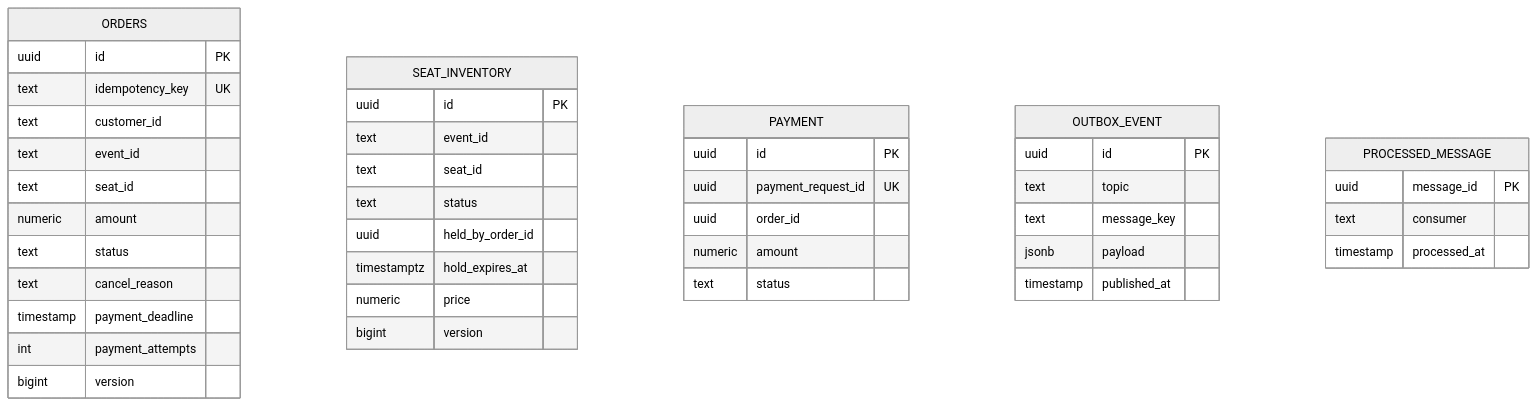
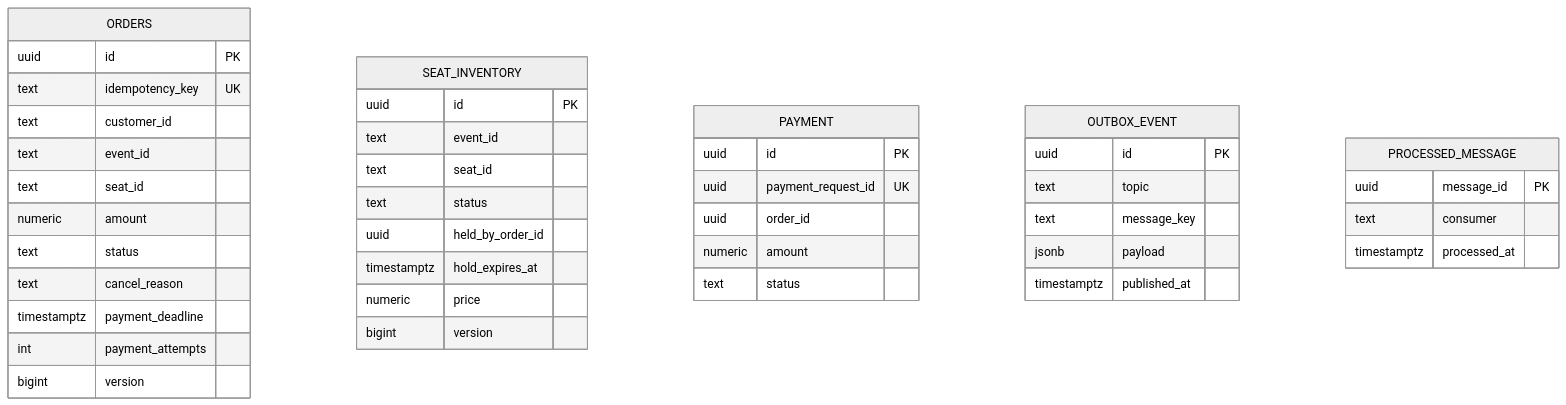
The fourth of 4 diagrams in docs/ARCHITECTURE.md (BatuhanBaysal/ticket-reservation-engine), drawn with Mermaid (neutral theme) before and after one commit. The commit also changed other lines of this file and 2 other files, not shown here.

````diff
--- a/docs/ARCHITECTURE.md
+++ b/docs/ARCHITECTURE.md
@@ -147,45 +151,45 @@
 ```mermaid
 erDiagram
     ORDERS {
         uuid id PK
         text idempotency_key UK
         text customer_id
         text event_id
         text seat_id
         numeric amount
         text status
         text cancel_reason
-        timestamp payment_deadline
+        timestamptz payment_deadline
         int payment_attempts
         bigint version
     }
     SEAT_INVENTORY {
         uuid id PK
         text event_id
         text seat_id
         text status
         uuid held_by_order_id
         timestamptz hold_expires_at
         numeric price
         bigint version
     }
     PAYMENT {
         uuid id PK
         uuid payment_request_id UK
         uuid order_id
         numeric amount
         text status
     }
     OUTBOX_EVENT {
         uuid id PK
         text topic
         text message_key
         jsonb payload
-        timestamp published_at
+        timestamptz published_at
     }
     PROCESSED_MESSAGE {
         uuid message_id PK
         text consumer
-        timestamp processed_at
+        timestamptz processed_at
     }
 ```
````
